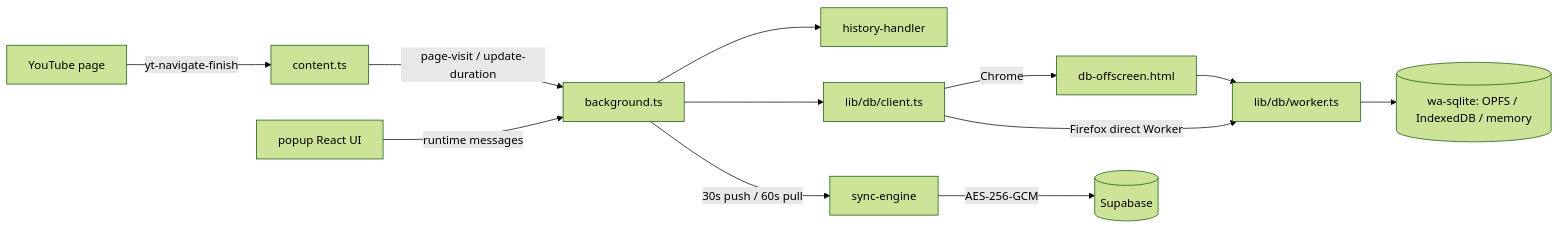
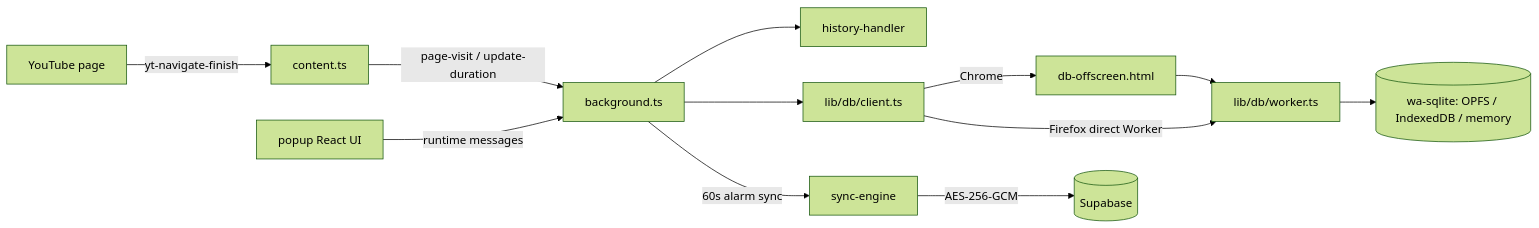
One commit to lynicis/dont-let-youtube-track-you changed the diagram in AGENTS.md. Above: the diagram before and after it, drawn with Mermaid (forest theme). The commit also changed other lines of this file and 30 other files, not shown here.

````diff
--- a/AGENTS.md
+++ b/AGENTS.md
@@ -7,14 +7,14 @@
 ```mermaid
 flowchart LR
   YT[YouTube page] -->|yt-navigate-finish| C[content.ts]
   C -->|page-visit / update-duration| B[background.ts]
   B --> H[history-handler]
   B --> DB[lib/db/client.ts]
   DB -->|Chrome| O[db-offscreen.html]
   O --> W[lib/db/worker.ts]
   DB -->|Firefox direct Worker| W
   W --> S[(wa-sqlite: OPFS / IndexedDB / memory)]
-  B -->|30s push / 60s pull| SY[sync-engine]
+  B -->|60s alarm sync| SY[sync-engine]
   SY -->|AES-256-GCM| SB[(Supabase)]
   P[popup React UI] -->|runtime messages| B
 ```
````
